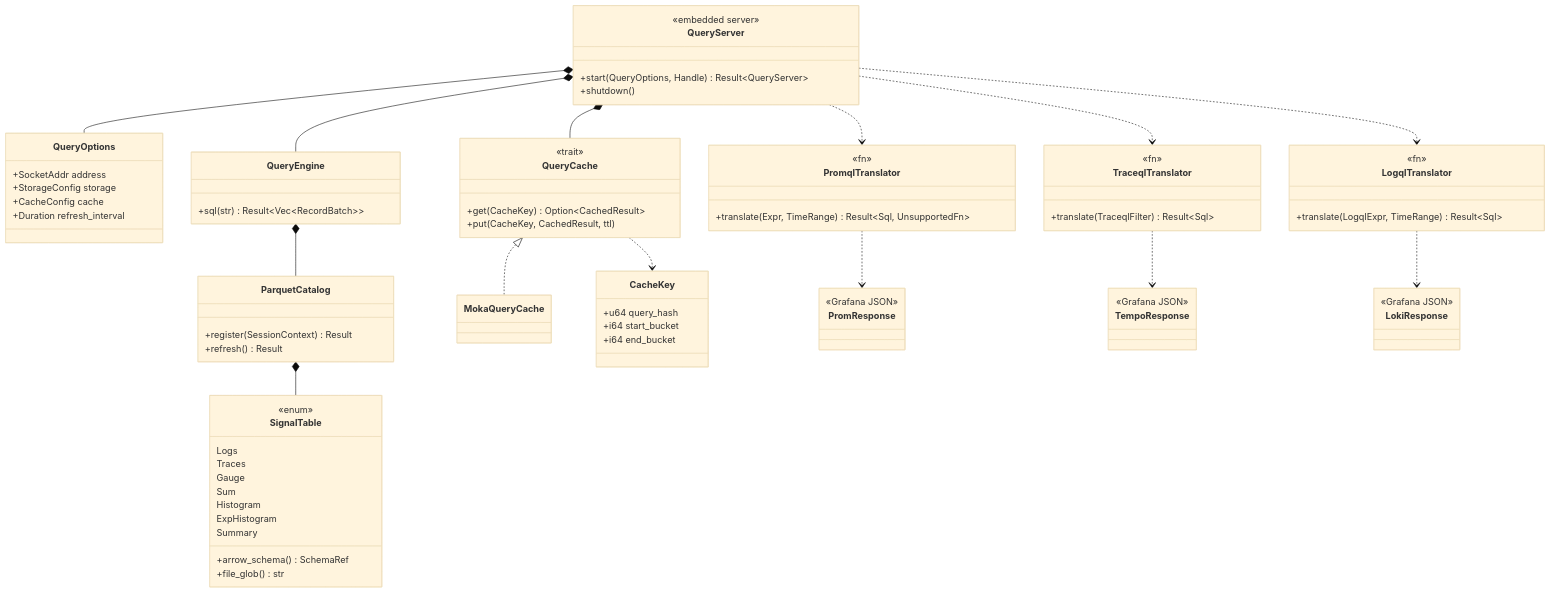
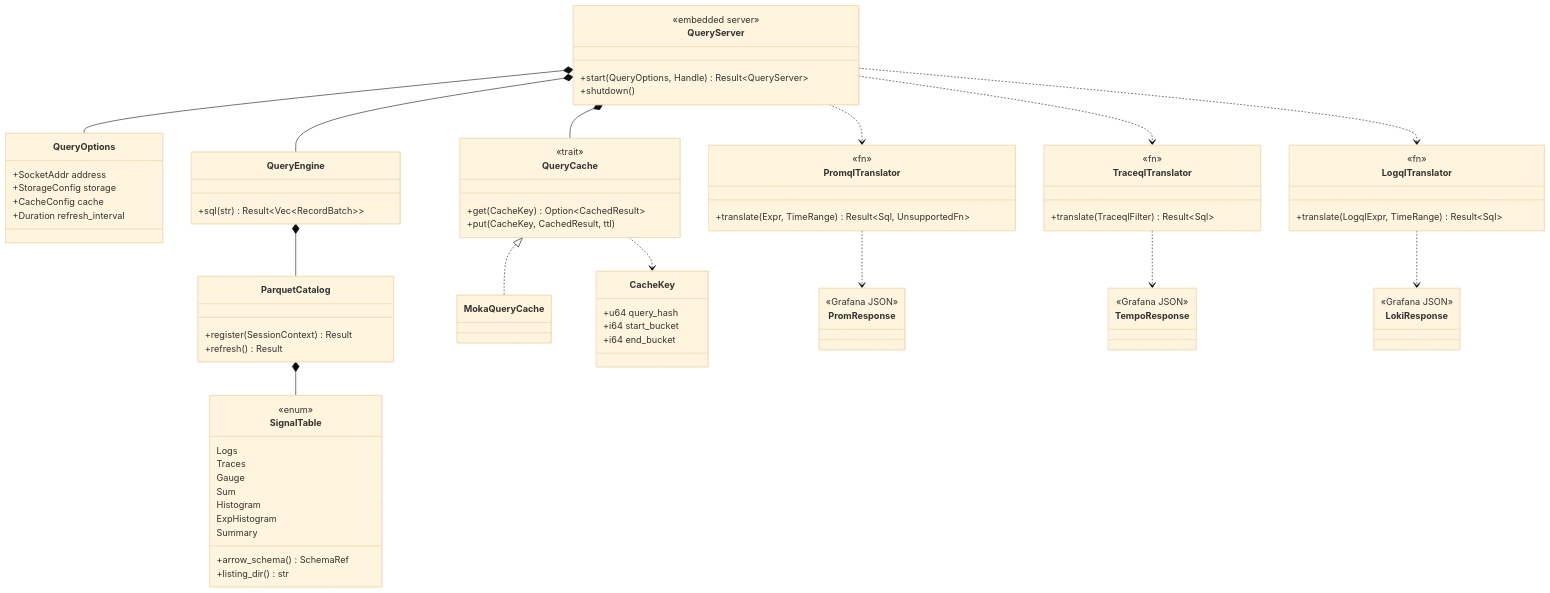
The diagram in docs/workspace/parquet-backend/TASKS.md (cboudereau/sol), drawn with Mermaid (base theme) before and after one commit. The commit also changed other lines of this file and 5 other files, not shown here.

````diff
--- a/docs/workspace/parquet-backend/TASKS.md
+++ b/docs/workspace/parquet-backend/TASKS.md
@@ -63,79 +63,79 @@
 ```mermaid
 classDiagram
     class QueryServer {
         <<embedded server>>
         +start(QueryOptions, Handle) Result~QueryServer~
         +shutdown()
     }
     class QueryOptions {
         +SocketAddr address
         +StorageConfig storage
         +CacheConfig cache
         +Duration refresh_interval
     }
     class ParquetCatalog {
         +register(SessionContext) Result
         +refresh() Result
     }
     class SignalTable {
         <<enum>>
         Logs
         Traces
         Gauge
         Sum
         Histogram
         ExpHistogram
         Summary
         +arrow_schema() SchemaRef
-        +file_glob() str
+        +listing_dir() str
     }
     class QueryEngine {
         +sql(str) Result~Vec~RecordBatch~~
     }
     class QueryCache {
         <<trait>>
         +get(CacheKey) Option~CachedResult~
         +put(CacheKey, CachedResult, ttl)
     }
     class MokaQueryCache
     class CacheKey {
         +u64 query_hash
         +i64 start_bucket
         +i64 end_bucket
     }
     class PromqlTranslator {
         <<fn>>
         +translate(Expr, TimeRange) Result~Sql, UnsupportedFn~
     }
     class TraceqlTranslator {
         <<fn>>
         +translate(TraceqlFilter) Result~Sql~
     }
     class LogqlTranslator {
         <<fn>>
         +translate(LogqlExpr, TimeRange) Result~Sql~
     }
     class PromResponse {
         <<Grafana JSON>>
     }
     class TempoResponse {
         <<Grafana JSON>>
     }
     class LokiResponse {
         <<Grafana JSON>>
     }
 
     QueryServer *-- QueryOptions
     QueryServer *-- QueryEngine
     QueryServer *-- QueryCache
     QueryEngine *-- ParquetCatalog
     ParquetCatalog *-- SignalTable
     QueryCache <|.. MokaQueryCache
     QueryCache ..> CacheKey
     QueryServer ..> PromqlTranslator
     QueryServer ..> TraceqlTranslator
     QueryServer ..> LogqlTranslator
     PromqlTranslator ..> PromResponse
     TraceqlTranslator ..> TempoResponse
     LogqlTranslator ..> LokiResponse
 ```
````
